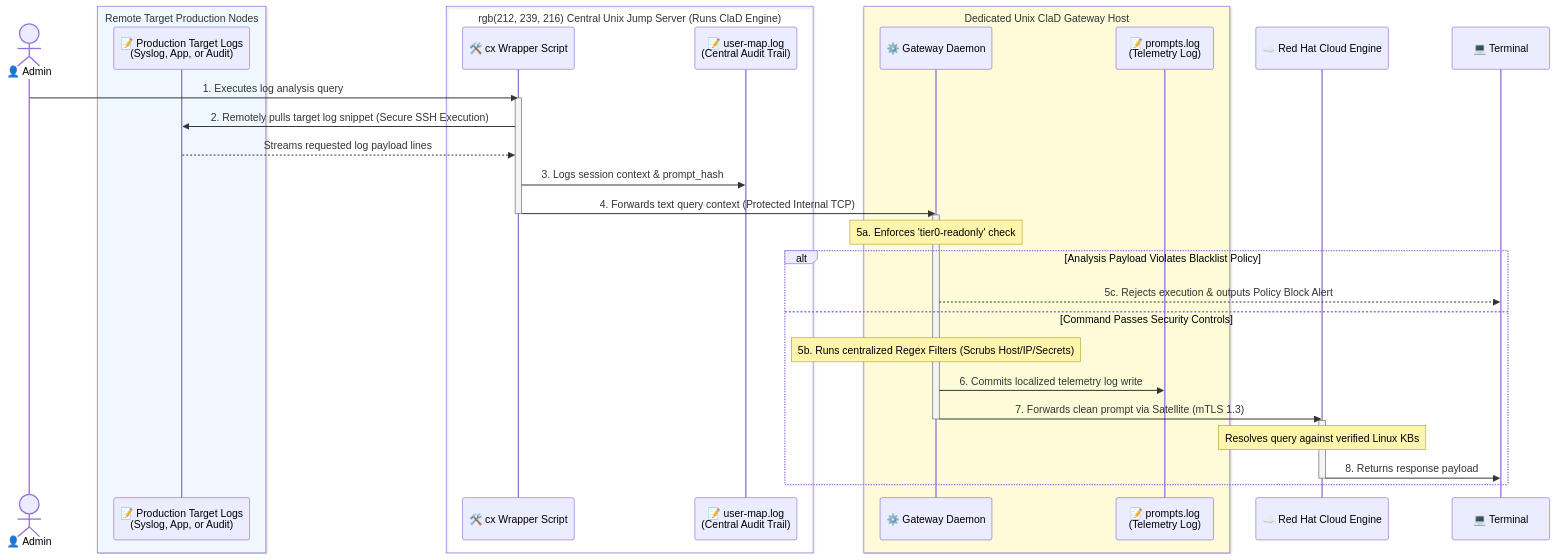
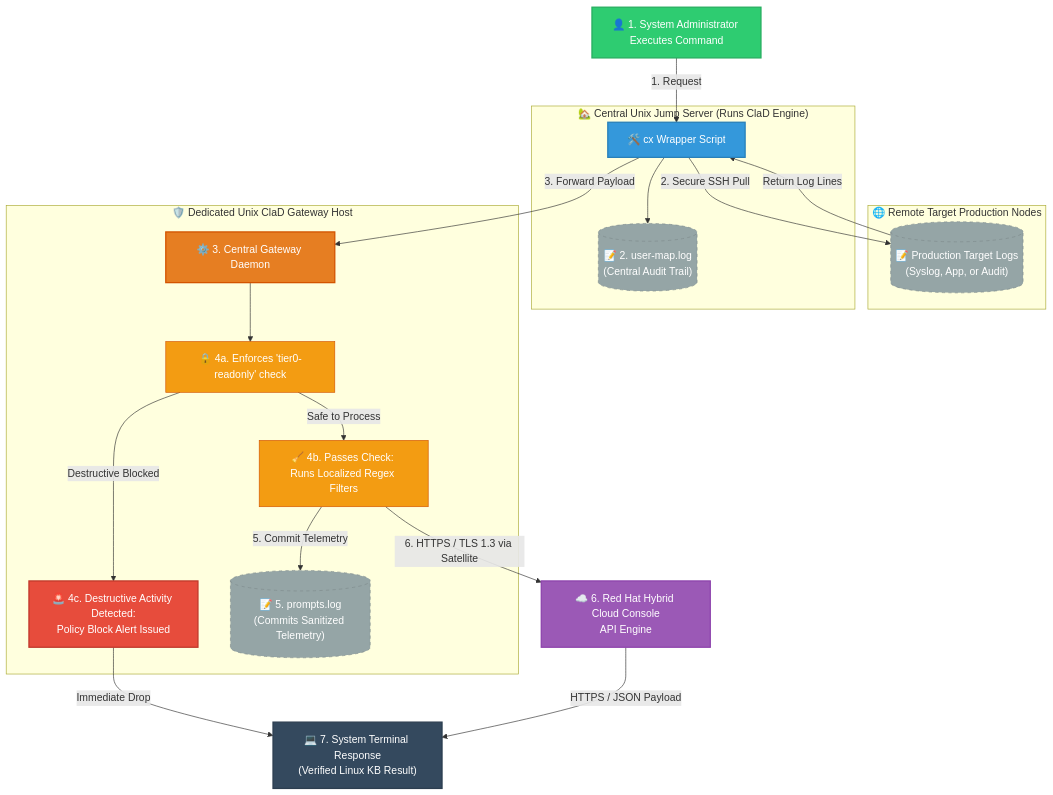
Before and after one commit to kumarj04/cla-gateway: the diagram in future-arch.md, drawn with Mermaid.

Commit message:
Refactor mermaid diagram to flowchart format

````diff
--- a/future-arch.md
+++ b/future-arch.md
@@ -1,49 +1,60 @@
 ```mermaid
-sequenceDiagram
-    actor Admin as 👤 Admin
+graph TD
+    %% Styling definitions
+    classDef user fill:#2ecc71,stroke:#27ae60,stroke-width:2px,color:#fff;
+    classDef local fill:#3498db,stroke:#2980b9,stroke-width:2px,color:#fff;
+    classDef daemon fill:#e67e22,stroke:#d35400,stroke-width:2px,color:#fff;
+    classDef subEngine fill:#f39c12,stroke:#d35400,stroke-width:1px,color:#fff;
+    classDef cloud fill:#9b59b6,stroke:#8e44ad,stroke-width:2px,color:#fff;
+    classDef terminal fill:#34495e,stroke:#2c3e50,stroke-width:2px,color:#fff;
+    classDef log fill:#95a5a6,stroke:#7f8c8d,stroke-width:1px,color:#fff,stroke-dasharray: 5 5;
+    classDef alert fill:#e74c3c,stroke:#c0392b,stroke-width:2px,color:#fff;
+
+    %% Workflow Nodes
+    Admin[👤 1. System Administrator Executes Command]:::user
     
-    box rgb(240, 248, 255) Remote Target Production Nodes
-        participant NodeLog as 📝 Production Target Logs<br>(Syslog, App, or Audit)
+    subgraph TargetFleet ["🌐 Remote Target Production Nodes"]
+        NodeLog[("📝 Production Target Logs<br>(Syslog, App, or Audit)")]:::log
+    end
+
+    subgraph JumpServer ["🏡 Central Unix Jump Server (Runs ClaD Engine)"]
+        Wrapper["🛠️ cx Wrapper Script"]:::local
+        UserLog[("📝 2. user-map.log<br>(Central Audit Trail)")]:::log
     end
     
-    box rgb(212, 239, 216) Central Unix Jump Server (Runs ClaD Engine)
-        participant Wrapper as 🛠️ cx Wrapper Script
-        participant Log1 as 📝 user-map.log<br>(Central Audit Trail)
+    subgraph GatewayHost ["🛡️ Dedicated Unix ClaD Gateway Host"]
+        Daemon["⚙️ 3. Central Gateway Daemon"]:::daemon
+        Check1["🔒 4a. Enforces 'tier0-readonly' check"]:::subEngine
+        Check2["🧹 4b. Passes Check: Runs Localized Regex Filters"]:::subEngine
+        FailBlock["🚨 4c. Destructive Activity Detected:<br>Policy Block Alert Issued"]:::alert
+        PromptLog[("📝 5. prompts.log<br>(Commits Sanitized Telemetry)")]:::log
     end
+
+    RHCloud["☁️ 6. Red Hat Hybrid Cloud Console<br>API Engine"]:::cloud
+    Response["💻 7. System Terminal Response<br>(Verified Linux KB Result)"]:::terminal
+
+    %% Top Spine Flow
+    Admin -->|1. Request| Wrapper
     
-    box rgb(254, 251, 216) Dedicated Unix ClaD Gateway Host
-        participant Daemon as ⚙️ Gateway Daemon
-        participant Log2 as 📝 prompts.log<br>(Telemetry Log)
-    end
+    %% Automated Remote Pull
+    Wrapper -->|2. Secure SSH Pull| NodeLog
+    NodeLog -->|Return Log Lines| Wrapper
     
-    participant Cloud as ☁️ Red Hat Cloud Engine
-    participant Term as 💻 Terminal
-
-    Admin->>Wrapper: 1. Executes log analysis query
-    activate Wrapper
+    Wrapper --> UserLog
+    Wrapper -->|3. Forward Payload| Daemon
+    Daemon --> Check1
     
-    %% Remote Pull Steps
-    Wrapper->>NodeLog: 2. Remotely pulls target log snippet (Secure SSH Execution)
-    NodeLog-->>Wrapper: Streams requested log payload lines
+    %% Split Branches
+    Check1 -->|Destructive Blocked| FailBlock
+    Check1 -->|Safe to Process| Check2
     
-    Wrapper->>Log1: 3. Logs session context & prompt_hash
-    Wrapper->>Daemon: 4. Forwards text query context (Protected Internal TCP)
-    deactivate Wrapper
+    %% Left Side Drop For Blocked Execution
+    FailBlock -->|Immediate Drop| Response
     
-    activate Daemon
-    Note over Daemon: 5a. Enforces 'tier0-readonly' check
+    %% Right Side Outputs
+    Check2 -->|5. Commit Telemetry| PromptLog
+    Check2 -->|6. HTTPS / TLS 1.3 via Satellite| RHCloud
     
-    alt Analysis Payload Violates Blacklist Policy
-        Daemon-->>Term: 5c. Rejects execution & outputs Policy Block Alert
-    else Command Passes Security Controls
-        Note over Daemon: 5b. Runs centralized Regex Filters (Scrubs Host/IP/Secrets)
-        Daemon->>Log2: 6. Commits localized telemetry log write
-        Daemon->>Cloud: 7. Forwards clean prompt via Satellite (mTLS 1.3)
-        deactivate Daemon
-        
-        activate Cloud
-        Note over Cloud: Resolves query against verified Linux KBs
-        Cloud->>Term: 8. Returns response payload
-        deactivate Cloud
-    end
+    %% Final Resolution Path
+    RHCloud -->|HTTPS / JSON Payload| Response
 ```
````
